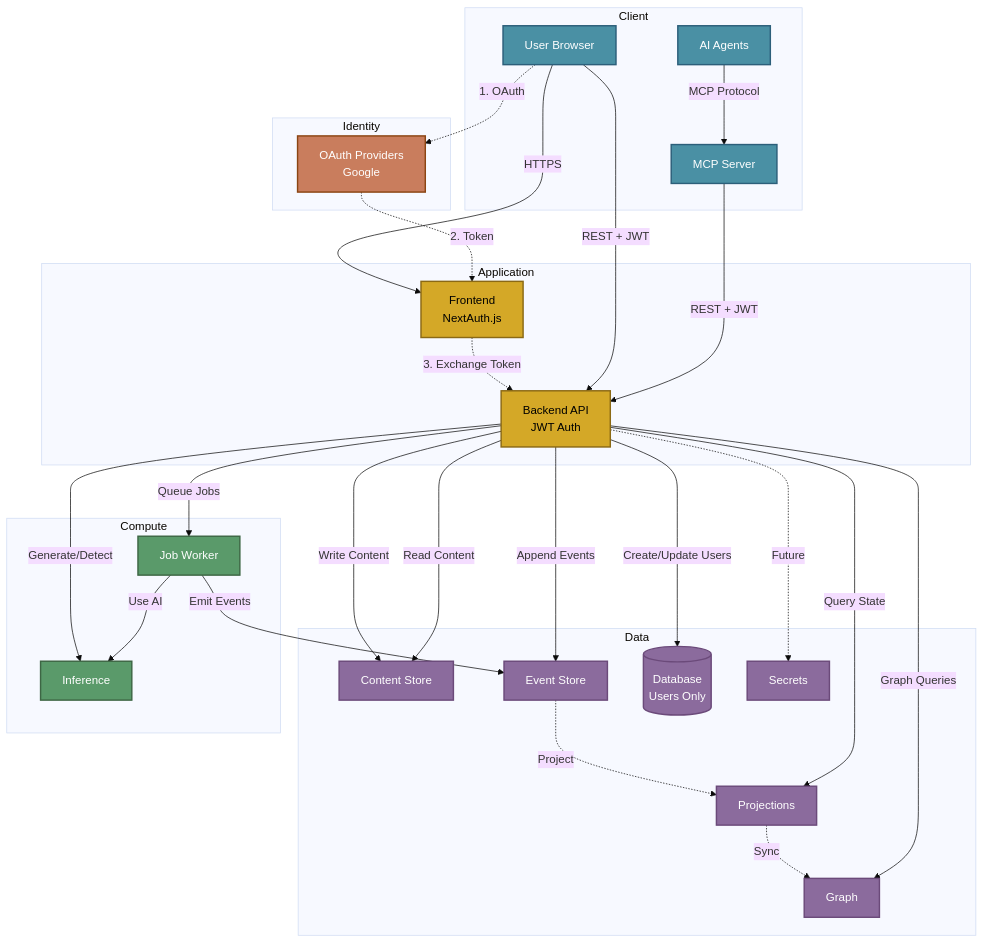
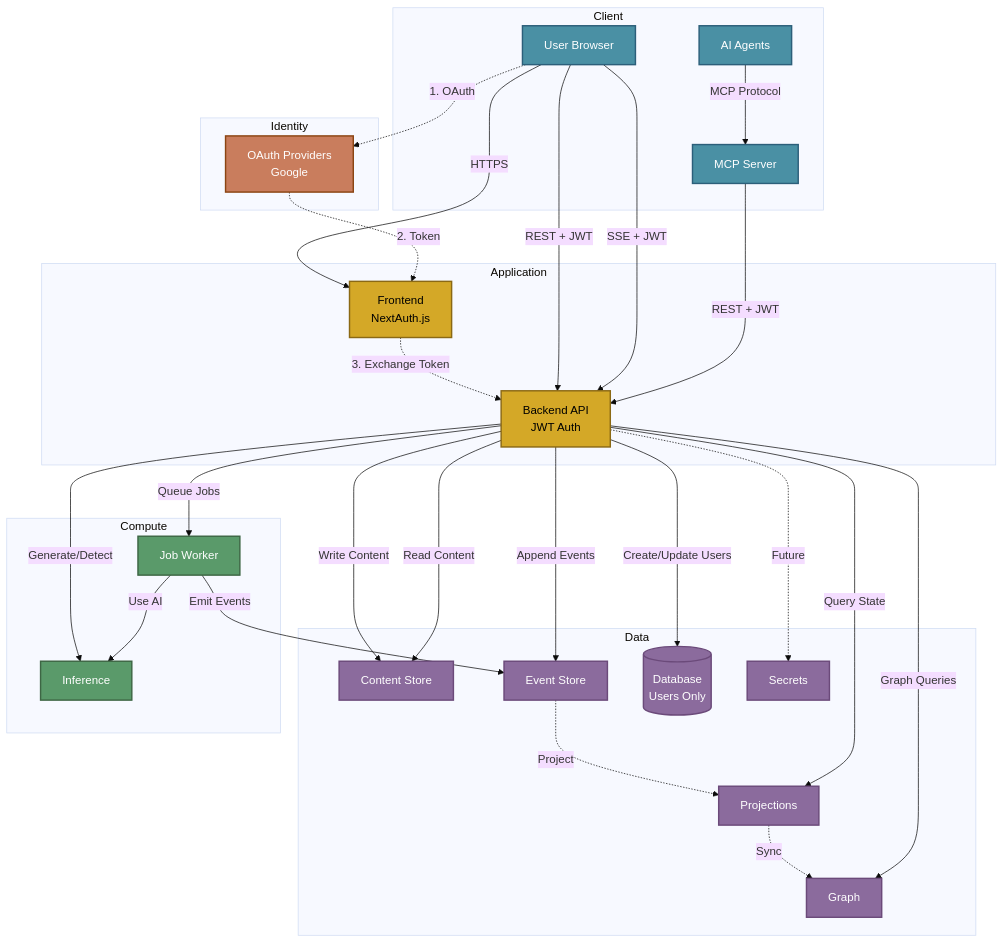
The diagram in docs/ARCHITECTURE.md (The-AI-Alliance/semiont), drawn with Mermaid (base theme) before and after one commit. The commit also changed other lines of this file, not shown here.

Commit message:
mention SSE

````diff
--- a/docs/ARCHITECTURE.md
+++ b/docs/ARCHITECTURE.md
@@ -23,78 +23,79 @@
 ```mermaid
 graph TB
     subgraph "Client"
         USER[User Browser]
         AI[AI Agents]
         MCP[MCP Server]
     end
 
     subgraph "Identity"
         OAUTH[OAuth Providers<br/>Google]
     end
 
     subgraph "Application"
         FE[Frontend<br/>NextAuth.js]
         BE[Backend API<br/>JWT Auth]
     end
 
     subgraph "Data"
         CONTENT[Content Store]
         EVENTS[Event Store]
         PROJ[Projections]
         GRAPH[Graph]
         DB[(Database<br/>Users Only)]
         SEC[Secrets]
     end
 
     subgraph "Compute"
         INF[Inference]
         JW[Job Worker]
     end
 
     %% Client connections
     USER -->|HTTPS| FE
     AI -->|MCP Protocol| MCP
 
     %% OAuth flow (server-side only)
     USER -.->|1. OAuth| OAUTH
     OAUTH -.->|2. Token| FE
     FE -.->|3. Exchange Token| BE
 
     %% API calls (client-side from browser)
     USER -->|REST + JWT| BE
+    USER -->|SSE + JWT| BE
     MCP -->|REST + JWT| BE
 
     %% Backend to data (write path)
     BE -->|Write Content| CONTENT
     BE -->|Append Events| EVENTS
     BE -->|Create/Update Users| DB
     BE -.->|Future| SEC
 
     %% Event-driven flow
     EVENTS -.->|Project| PROJ
     PROJ -.->|Sync| GRAPH
 
     %% Backend reads
     BE -->|Read Content| CONTENT
     BE -->|Query State| PROJ
     BE -->|Graph Queries| GRAPH
 
     %% Compute services
     BE -->|Generate/Detect| INF
     BE -->|Queue Jobs| JW
     JW -->|Emit Events| EVENTS
     JW -->|Use AI| INF
 
     %% Styling - darker fills ensure text contrast in both light and dark modes
     classDef client fill:#4a90a4,stroke:#2c5f7a,stroke-width:2px,color:#fff
     classDef identity fill:#c97d5d,stroke:#8b4513,stroke-width:2px,color:#fff
     classDef app fill:#d4a827,stroke:#8b6914,stroke-width:2px,color:#000
     classDef data fill:#8b6b9d,stroke:#6b4a7a,stroke-width:2px,color:#fff
     classDef compute fill:#5a9a6a,stroke:#3d6644,stroke-width:2px,color:#fff
 
     class USER,AI,MCP client
     class OAUTH identity
     class FE,BE app
     class CONTENT,EVENTS,PROJ,GRAPH,DB,SEC data
     class INF,JW compute
 ```
````
